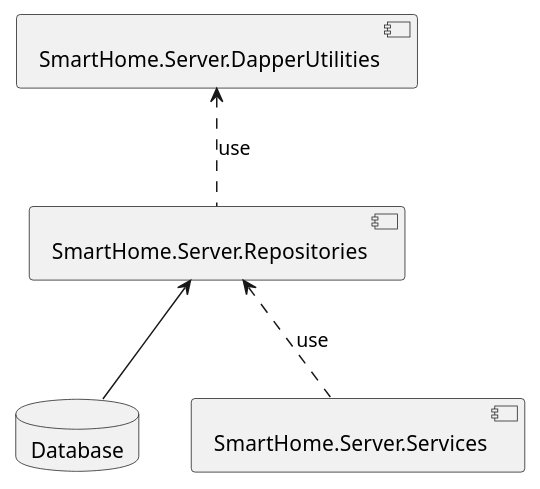
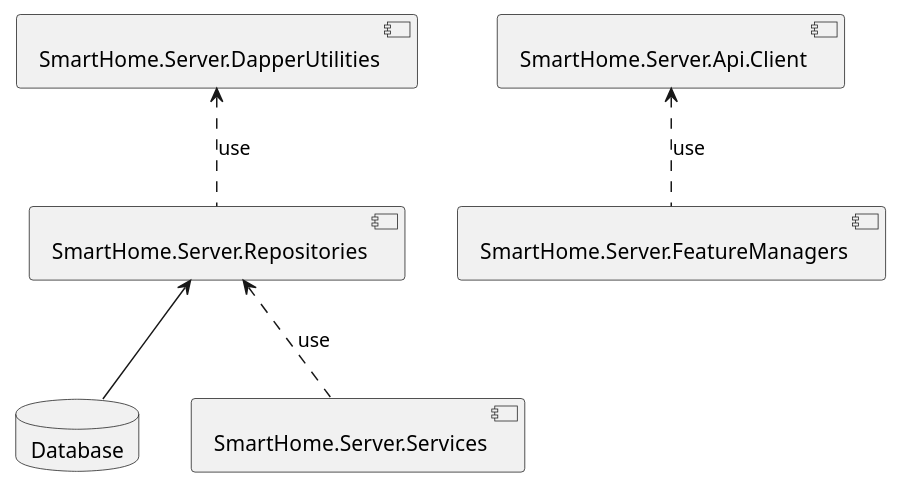
Before and after one commit to JakubMiodunka/smart-home: the diagram in doc/Server/uml/components.pu, drawn with PlantUML. The commit also changed 2 other files, not shown here.

Commit message:
[#38] Adding UML diagrams for FeatureManagers module.

```diff
--- a/doc/Server/uml/components.pu
+++ b/doc/Server/uml/components.pu
@@ -1,13 +1,16 @@
 @startuml
 
 database Database
 
 component "SmartHome.Server.DapperUtilities" as DapperUtilities
 component "SmartHome.Server.Repositories" as Repositories
 component "SmartHome.Server.Services" as Services
+component "SmartHome.Server.FeatureManagers" as FeatureManagers
+component "SmartHome.Server.Api.Client" as ApiClients
 
 DapperUtilities <.. Repositories : use
 Repositories <-- Database
 Repositories <.. Services : use
+ApiClients <.. FeatureManagers : use
 
 @enduml
```
